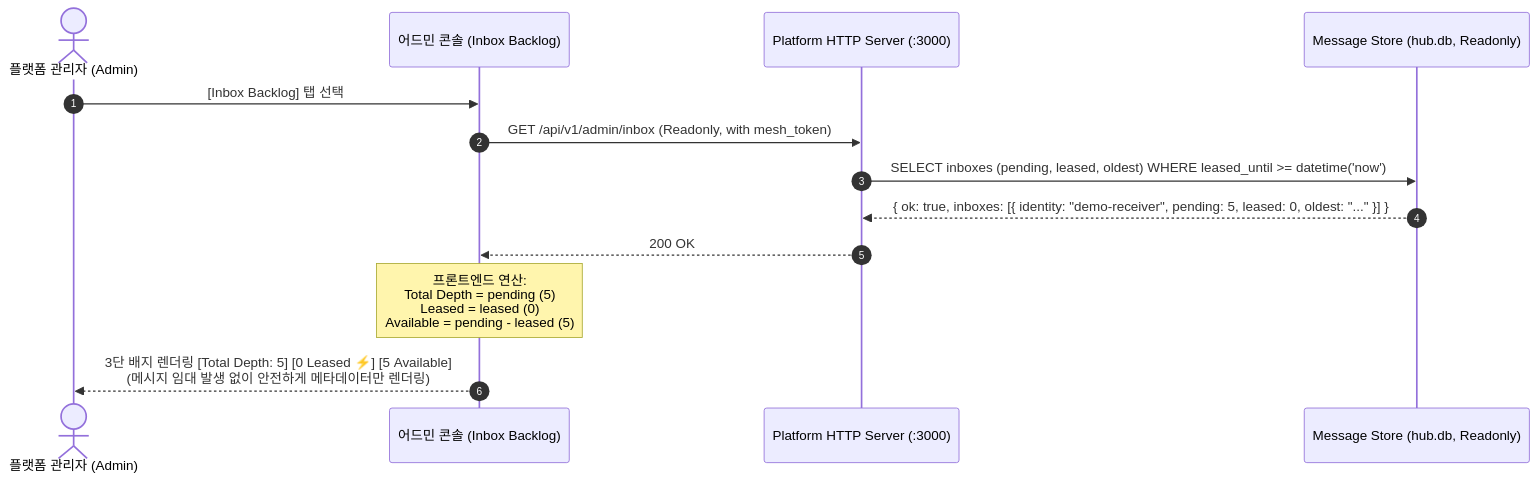
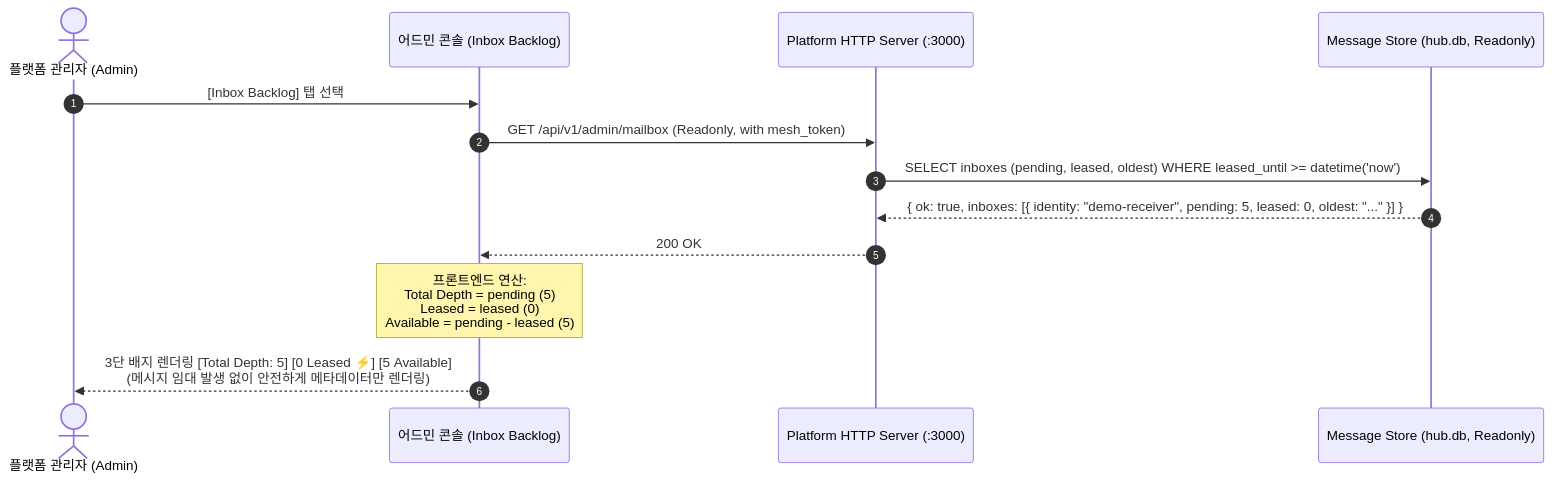
One commit to sir-mirr/agent-mesh-platform changed the fourth of 7 diagrams in docs/operator-functional-spec.md. Above: the diagram before and after it, drawn with Mermaid. The commit also changed other lines of this file and 9 other files, not shown here.

````diff
--- a/docs/operator-functional-spec.md
+++ b/docs/operator-functional-spec.md
@@ -143,16 +143,16 @@
 ```mermaid
 sequenceDiagram
     autonumber
     actor Admin as 플랫폼 관리자 (Admin)
     participant UI as 어드민 콘솔 (Inbox Backlog)
     participant HTTP as Platform HTTP Server (:3000)
     participant DB as Message Store (hub.db, Readonly)
 
     Admin->>UI: [Inbox Backlog] 탭 선택
-    UI->>HTTP: GET /api/v1/admin/inbox (Readonly, with mesh_token)
+    UI->>HTTP: GET /api/v1/admin/mailbox (Readonly, with mesh_token)
     HTTP->>DB: SELECT inboxes (pending, leased, oldest) WHERE leased_until >= datetime('now')
     DB-->>HTTP: { ok: true, inboxes: [{ identity: "demo-receiver", pending: 5, leased: 0, oldest: "..." }] }
     HTTP-->>UI: 200 OK
     Note over UI: 프론트엔드 연산:<br>Total Depth = pending (5)<br>Leased = leased (0)<br>Available = pending - leased (5)
     UI-->>Admin: 3단 배지 렌더링 [Total Depth: 5] [0 Leased ⚡] [5 Available]<br>(메시지 임대 발생 없이 안전하게 메타데이터만 렌더링)
 ```
````
